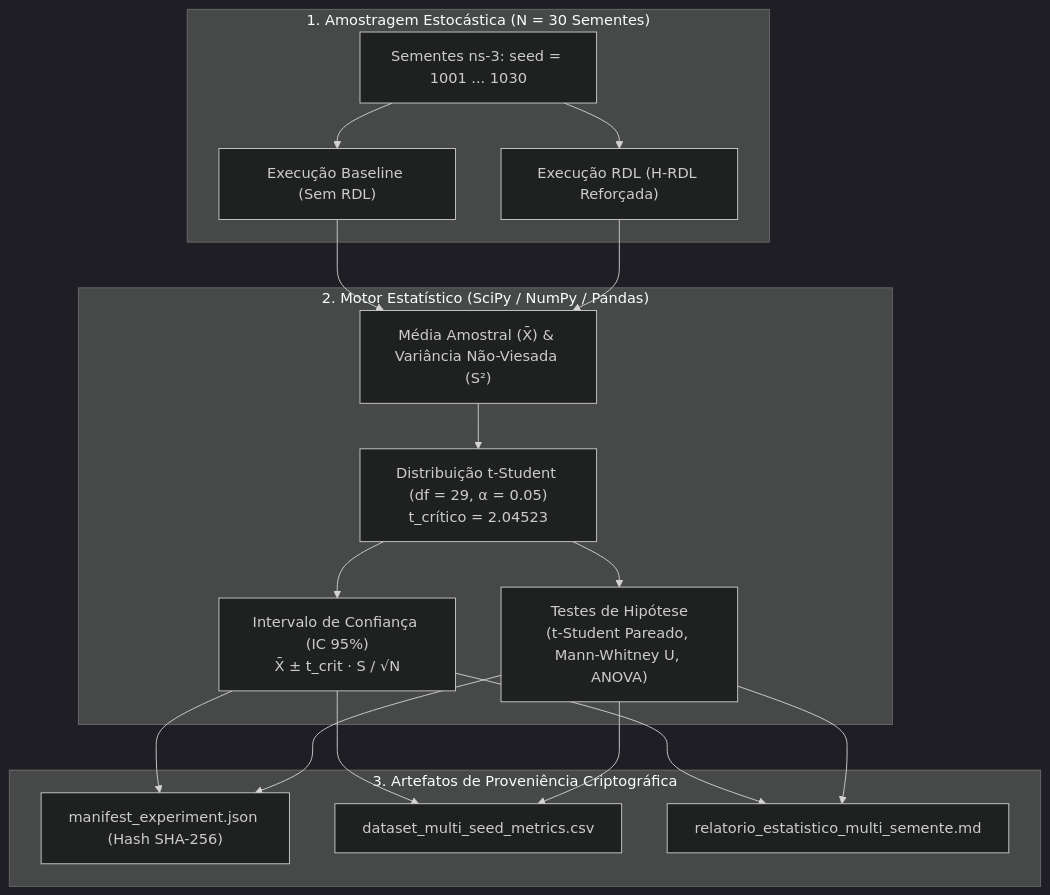
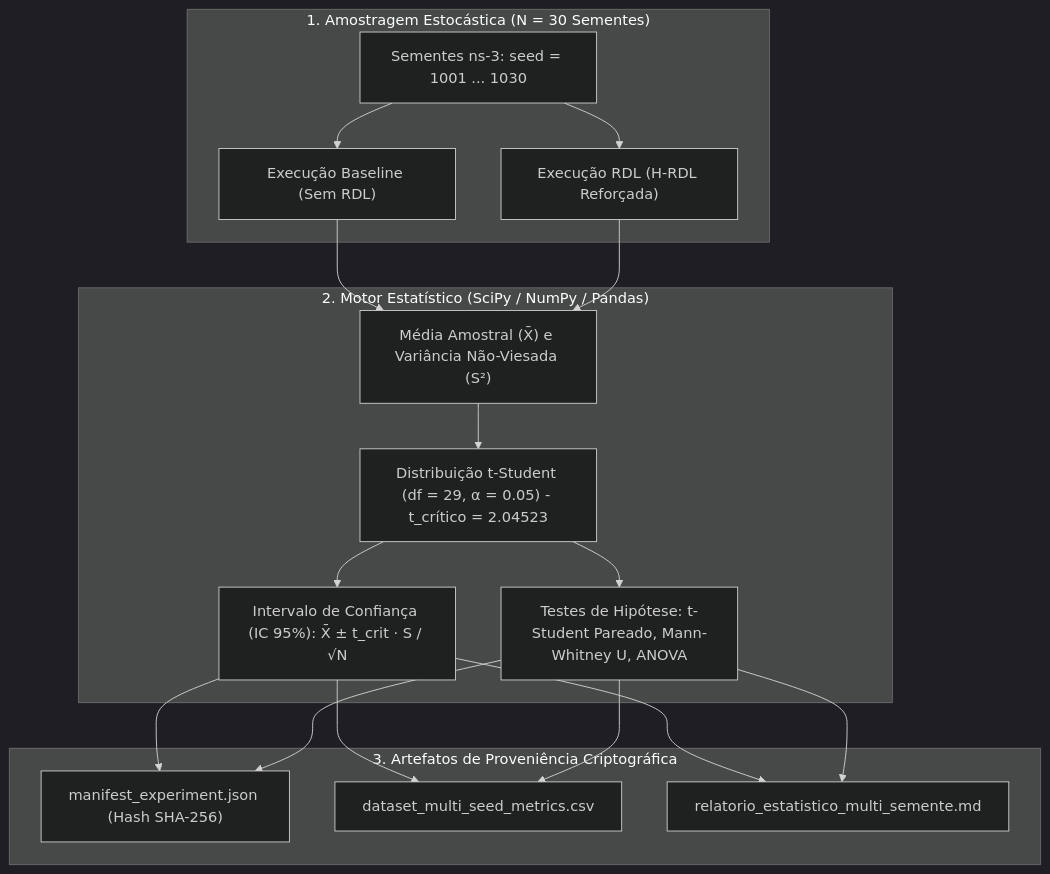
One commit to georgebarbosa3090/XApp-RDL-F1 changed the second of 2 diagrams in docs/relatorio_extenso_validacao_fase1_resolucao_limitacoes.md. Above: the diagram before and after it, drawn with Mermaid (dark theme). The commit also changed other lines of this file, not shown here.

````diff
--- a/docs/relatorio_extenso_validacao_fase1_resolucao_limitacoes.md
+++ b/docs/relatorio_extenso_validacao_fase1_resolucao_limitacoes.md
@@ -133,20 +180,20 @@
 ```mermaid
 flowchart TD
     subgraph COORD["1. Amostragem Estocástica (N = 30 Sementes)"]
         S["Sementes ns-3: seed = 1001 ... 1030"] --> B["Execução Baseline (Sem RDL)"]
         S --> R["Execução RDL (H-RDL Reforçada)"]
     end
 
     subgraph ENGINE["2. Motor Estatístico (SciPy / NumPy / Pandas)"]
-        B & R --> AGG["Média Amostral (X̄) & Variância Não-Viesada (S²)"]
-        AGG --> T_DIST["Distribuição t-Student (df = 29, α = 0.05)<br/>t_crítico = 2.04523"]
-        T_DIST --> IC["Intervalo de Confiança (IC 95%)<br/>X̄ ± t_crit · S / √N"]
-        T_DIST --> HYP["Testes de Hipótese<br/>(t-Student Pareado, Mann-Whitney U, ANOVA)"]
+        B & R --> AGG["Média Amostral (X̄) e Variância Não-Viesada (S²)"]
+        AGG --> T_DIST["Distribuição t-Student (df = 29, α = 0.05) - t_crítico = 2.04523"]
+        T_DIST --> IC["Intervalo de Confiança (IC 95%): X̄ ± t_crit · S / √N"]
+        T_DIST --> HYP["Testes de Hipótese: t-Student Pareado, Mann-Whitney U, ANOVA"]
     end
 
     subgraph ARTIFACTS["3. Artefatos de Proveniência Criptográfica"]
         IC & HYP --> MANIFEST["manifest_experiment.json (Hash SHA-256)"]
         IC & HYP --> CSV["dataset_multi_seed_metrics.csv"]
         IC & HYP --> REPORT["relatorio_estatistico_multi_semente.md"]
     end
 ```
````
